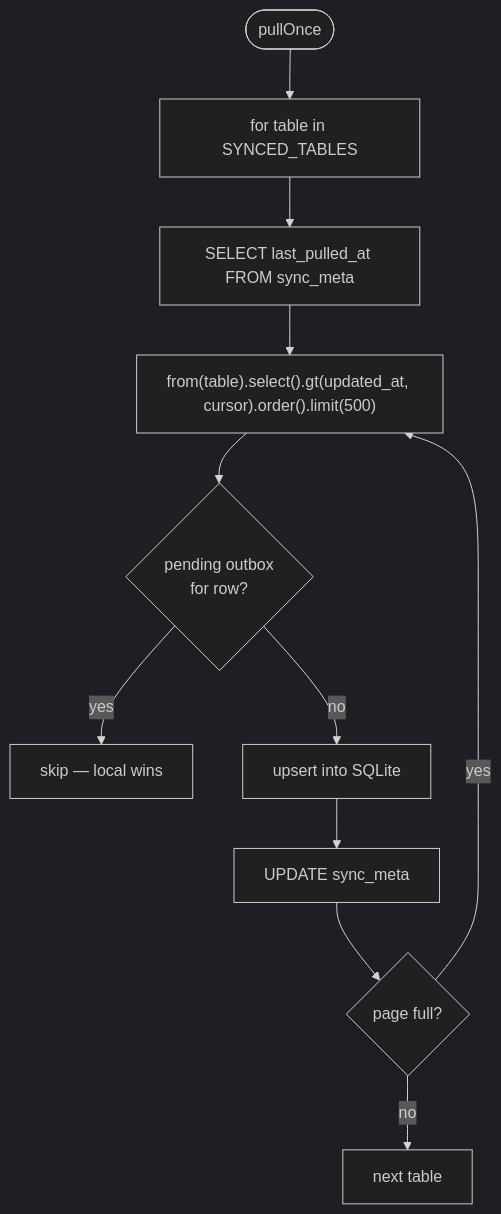
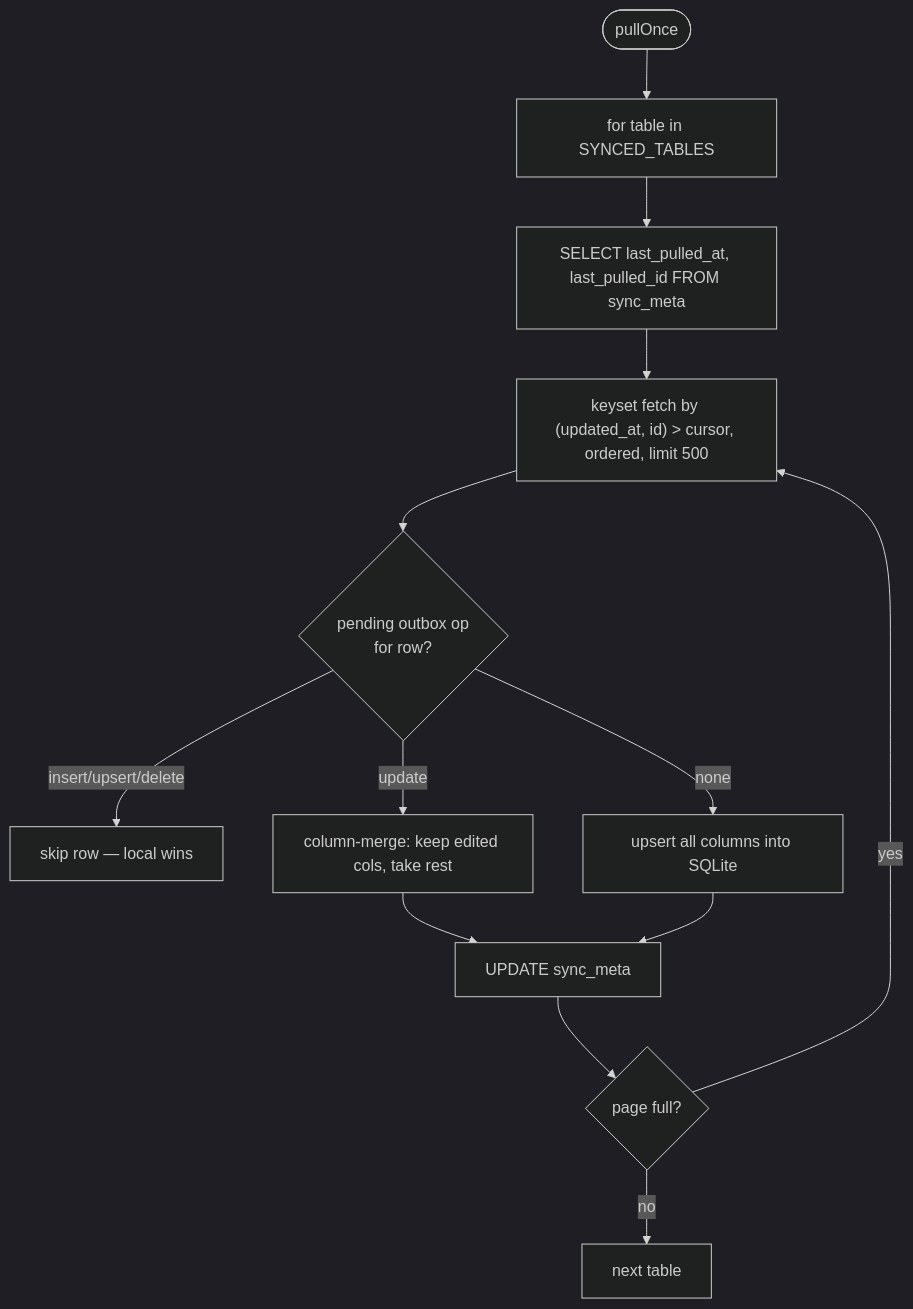
The second of 2 diagrams in docs/local-first-sync.md (Nittuz/vyayamy), drawn with Mermaid (dark theme) before and after one commit. The commit also changed other lines of this file and 17 other files, not shown here.

````diff
--- a/docs/local-first-sync.md
+++ b/docs/local-first-sync.md
@@ -91,13 +104,15 @@
 ```mermaid
 flowchart TD
   Start([pullOnce]) --> Tables[for table in SYNCED_TABLES]
-  Tables --> Cursor["SELECT last_pulled_at FROM sync_meta"]
-  Cursor --> Fetch["from(table).select().gt(updated_at, cursor).order().limit(500)"]
-  Fetch --> Skip{pending outbox<br/>for row?}
-  Skip -->|yes| Continue[skip — local wins]
-  Skip -->|no| Upsert[upsert into SQLite]
+  Tables --> Cursor["SELECT last_pulled_at, last_pulled_id FROM sync_meta"]
+  Cursor --> Fetch["keyset fetch by (updated_at, id) > cursor, ordered, limit 500"]
+  Fetch --> Skip{pending outbox op<br/>for row?}
+  Skip -->|insert/upsert/delete| Continue[skip row — local wins]
+  Skip -->|update| Merge[column-merge: keep edited cols, take rest]
+  Skip -->|none| Upsert[upsert all columns into SQLite]
+  Merge --> Advance
   Upsert --> Advance[UPDATE sync_meta]
   Advance --> More{page full?}
   More -->|yes| Fetch
   More -->|no| Next[next table]
 ```
````
